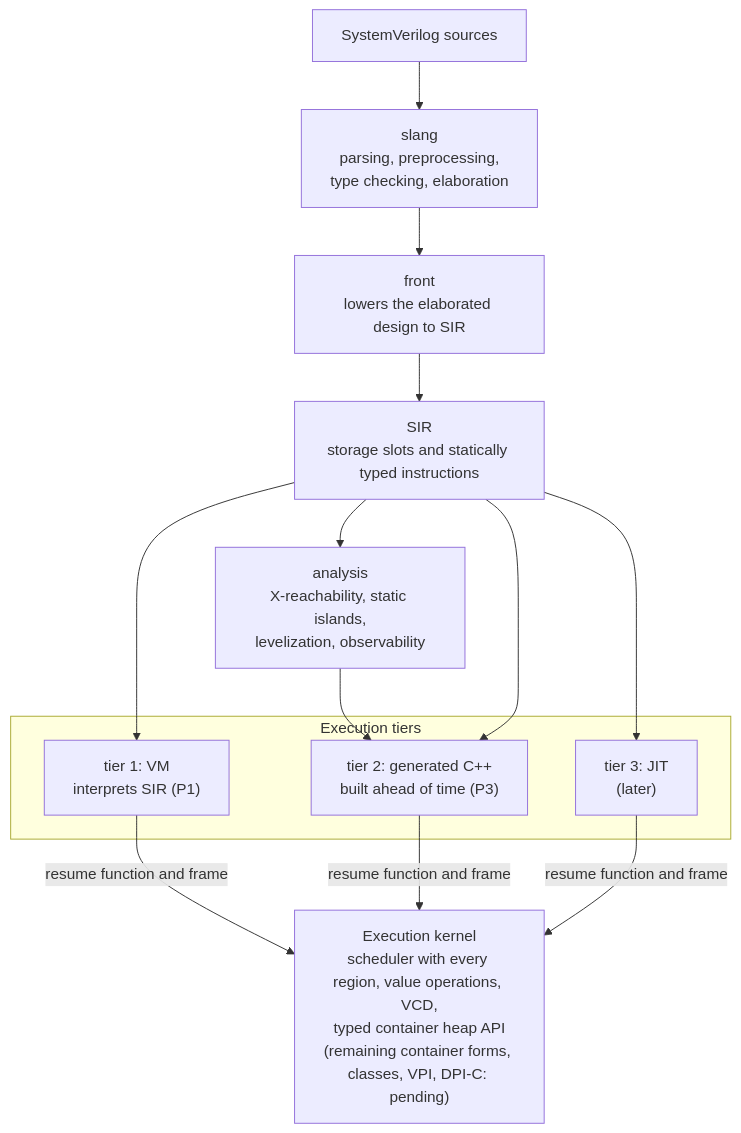
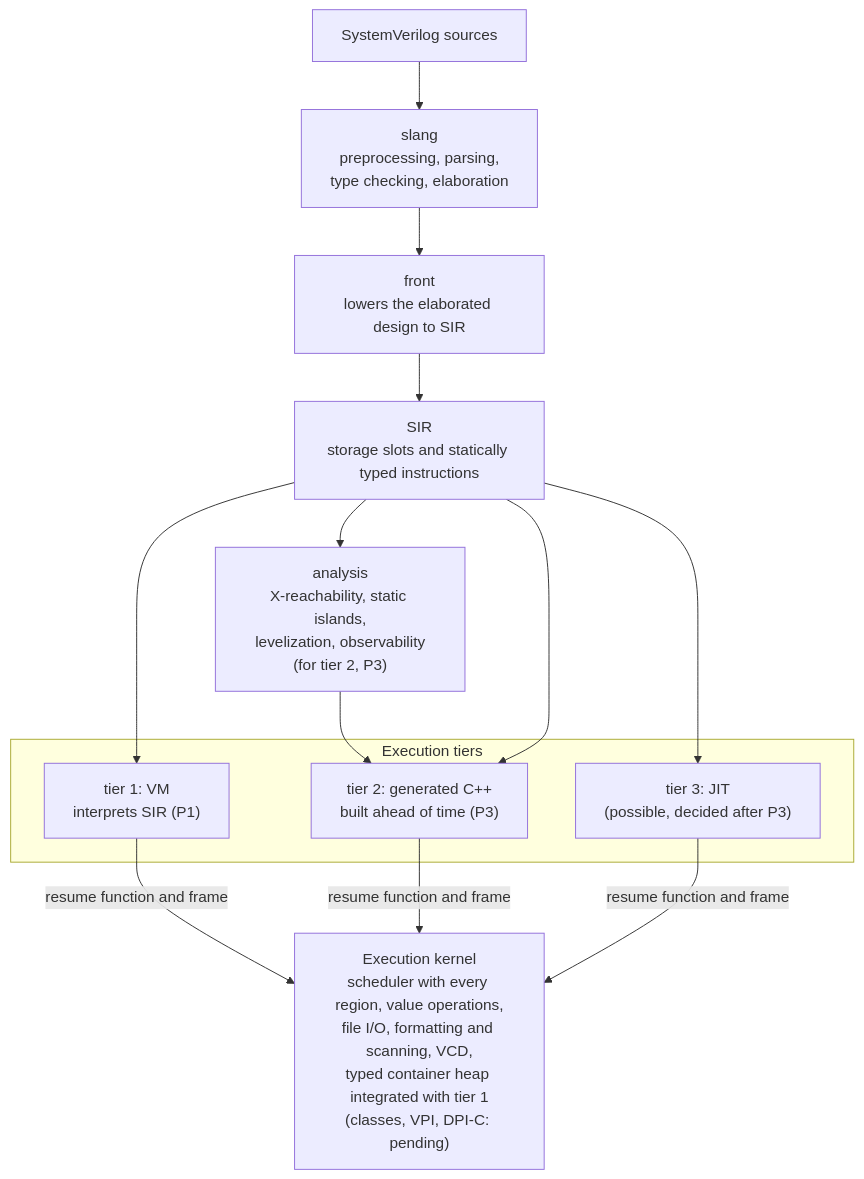
The diagram in README.md (kurochan001/kirimasim), drawn with Mermaid before and after one commit. The commit also changed 3 other files, not shown here.

First line of the commit message:
Correct the How it works diagram, and make its four copies agree

````diff
--- a/README.md
+++ b/README.md
@@ -754,22 +754,22 @@
 ```mermaid
 flowchart TD
     src["SystemVerilog sources"]
-    slang["slang<br/>parsing, preprocessing,<br/>type checking, elaboration"]
+    slang["slang<br/>preprocessing, parsing,<br/>type checking, elaboration"]
     front["front<br/>lowers the elaborated design to SIR"]
     sir["SIR<br/>storage slots and statically typed instructions"]
-    analysis["analysis<br/>X-reachability, static islands,<br/>levelization, observability"]
+    analysis["analysis<br/>X-reachability, static islands,<br/>levelization, observability<br/>(for tier 2, P3)"]
     subgraph tiers["Execution tiers"]
         t1["tier 1: VM<br/>interprets SIR (P1)"]
         t2["tier 2: generated C++<br/>built ahead of time (P3)"]
-        t3["tier 3: JIT<br/>(later)"]
+        t3["tier 3: JIT<br/>(possible, decided after P3)"]
     end
-    kernel["Execution kernel<br/>scheduler with every region, value operations, VCD,<br/>typed container heap API<br/>(remaining container forms, classes, VPI, DPI-C: pending)"]
+    kernel["Execution kernel<br/>scheduler with every region, value operations,<br/>file I/O, formatting and scanning, VCD,<br/>typed container heap integrated with tier 1<br/>(classes, VPI, DPI-C: pending)"]
     src --> slang --> front --> sir
     sir --> t1
     sir --> analysis --> t2
     sir --> t2
     sir --> t3
     t1 -->|"resume function and frame"| kernel
     t2 -->|"resume function and frame"| kernel
     t3 -->|"resume function and frame"| kernel
 ```
````
